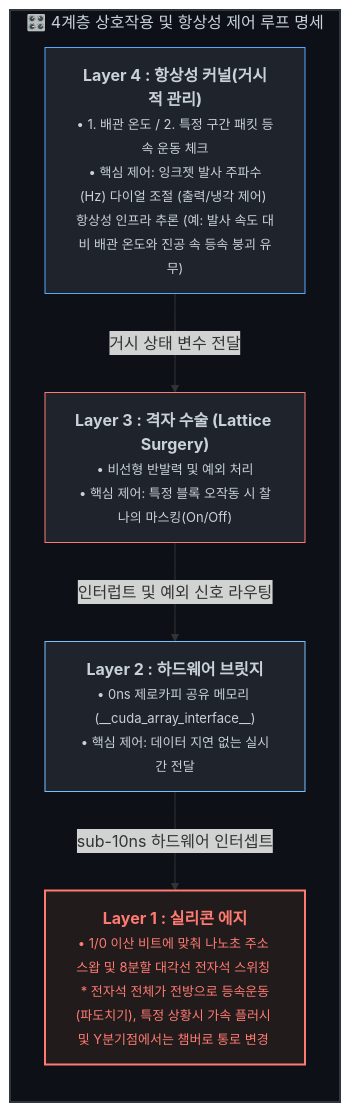
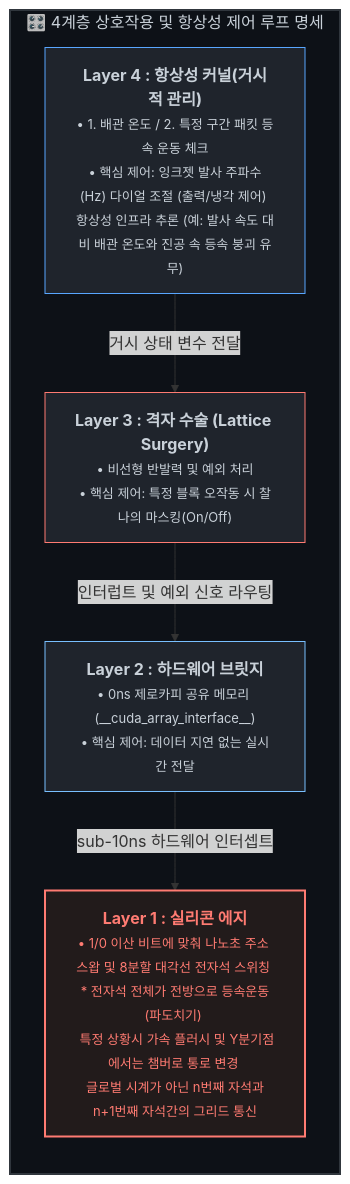
Before and after one commit to PJHkorea/discrete-filament-router-KR: the diagram in README.md, drawn with Mermaid.

Commit message:
Enhance Layer 1 description with grid communication
Add additional details to Layer 1 description in README.

````diff
--- a/README.md
+++ b/README.md
@@ -36,33 +36,33 @@
 ```mermaid
 graph TD
     %% 전체 제어 루프 구조 정의
     subgraph SYSTEM_LAYERS ["🎛️ 4계층 상호작용 및 항상성 제어 루프 명세"]
         direction TB
 
         %% Layer 4 정의
         L4["<b>Layer 4 : 항상성 커널(거시적 관리)</b><br><font size=2>• 1. 배관 온도 / 2. 특정 구간 패킷 등속 운동 체크<br>• 핵심 제어: 잉크젯 발사 주파수(Hz) 다이얼 조절 (출력/냉각 제어) 항상성 인프라 추론 (예: 발사 속도 대비 배관 온도와 진공 속 등속 붕괴 유무)</font>"]
 
         %% Layer 3 정의
         L3["<b>Layer 3 : 격자 수술 (Lattice Surgery)</b><br><font size=2>• 비선형 반발력 및 예외 처리<br>• 핵심 제어: 특정 블록 오작동 시 찰나의 마스킹(On/Off)</font>"]
 
         %% Layer 2 정의
         L2["<b>Layer 2 : 하드웨어 브릿지</b><br><font size=2>• 0ns 제로카피 공유 메모리 (__cuda_array_interface__)<br>• 핵심 제어: 데이터 지연 없는 실시간 전달</font>"]
 
         %% Layer 1 정의
-        L1["<b>Layer 1 : 실리콘 에지</b><br><font size=2>• 1/0 이산 비트에 맞춰 나노초 주소 스왑 및 8분할 대각선 전자석 스위칭 * 전자석 전체가 전방으로 등속운동(파도치기), 특정 상황시 가속 플러시 및 Y분기점에서는 챔버로 통로 변경 
+        L1["<b>Layer 1 : 실리콘 에지</b><br><font size=2>• 1/0 이산 비트에 맞춰 나노초 주소 스왑 및 8분할 대각선 전자석 스위칭 * 전자석 전체가 전방으로 등속운동(파도치기) <br> 특정 상황시 가속 플러시 및 Y분기점에서는 챔버로 통로 변경 <br> 글로벌 시계가 아닌 n번째 자석과 n+1번째 자석간의 그리드 통신
 </font>"]
 
         %% 하향식 제어 파이프라인 연결
         L4 -->|거시 상태 변수 전달| L3
         L3 -->|인터럽트 및 예외 신호 라우팅| L2
         L2 -->|sub-10ns 하드웨어 인터셉트| L1
     end
 
     %% 🎨 깃허브 파서 안전 규격 스타일링 (줄바꿈 분리)
     style SYSTEM_LAYERS fill:#0d1117,stroke:#30363d,stroke-width:2px,color:#c9d1d9
     
     style L4 fill:#1f242c,stroke:#58a6ff,stroke-width:1px,color:#c9d1d9
     style L3 fill:#1f242c,stroke:#ff7b72,stroke-width:1px,color:#c9d1d9
     style L2 fill:#1f242c,stroke:#79c0ff,stroke-width:1px,color:#c9d1d9
     style L1 fill:#221b1b,stroke:#ff7b72,stroke-width:2px,color:#ff7b72
 ```
````
